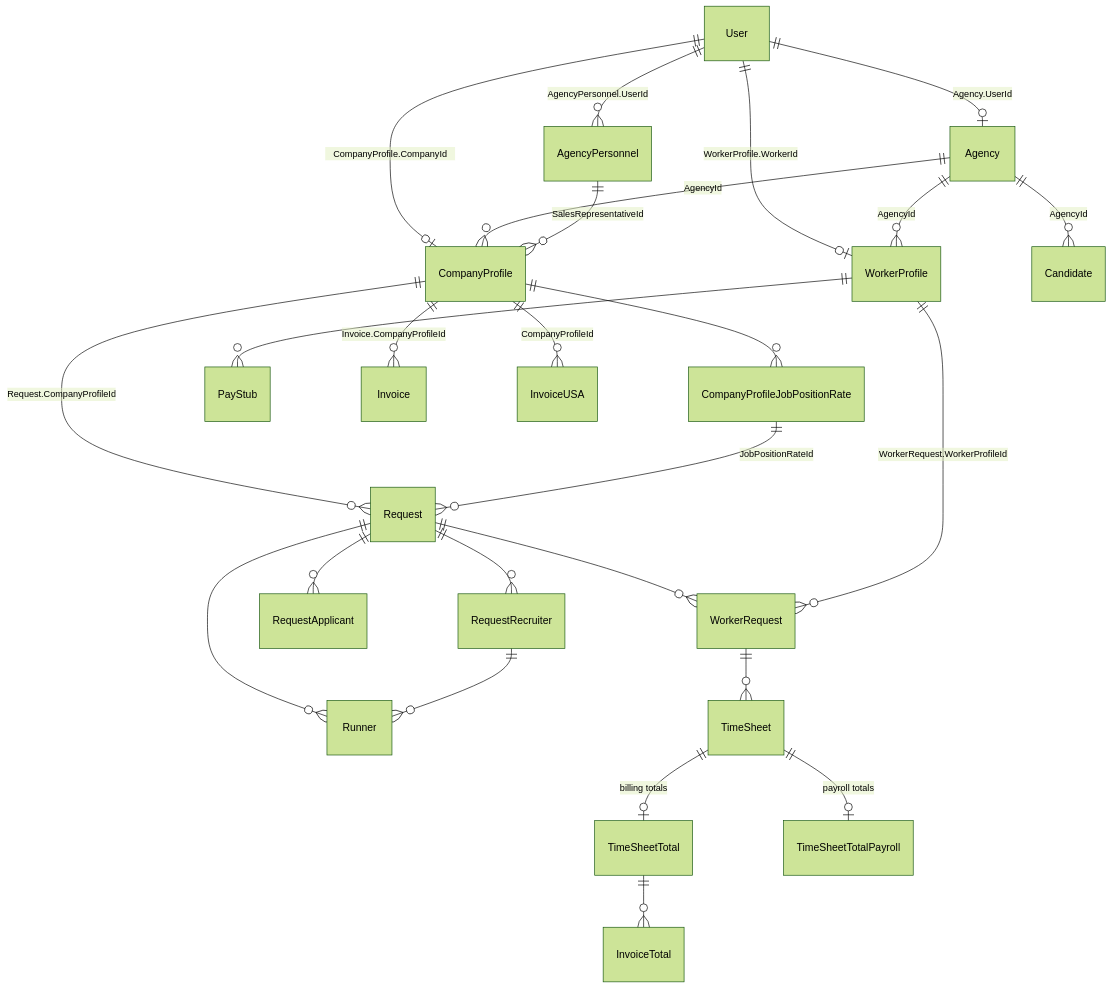
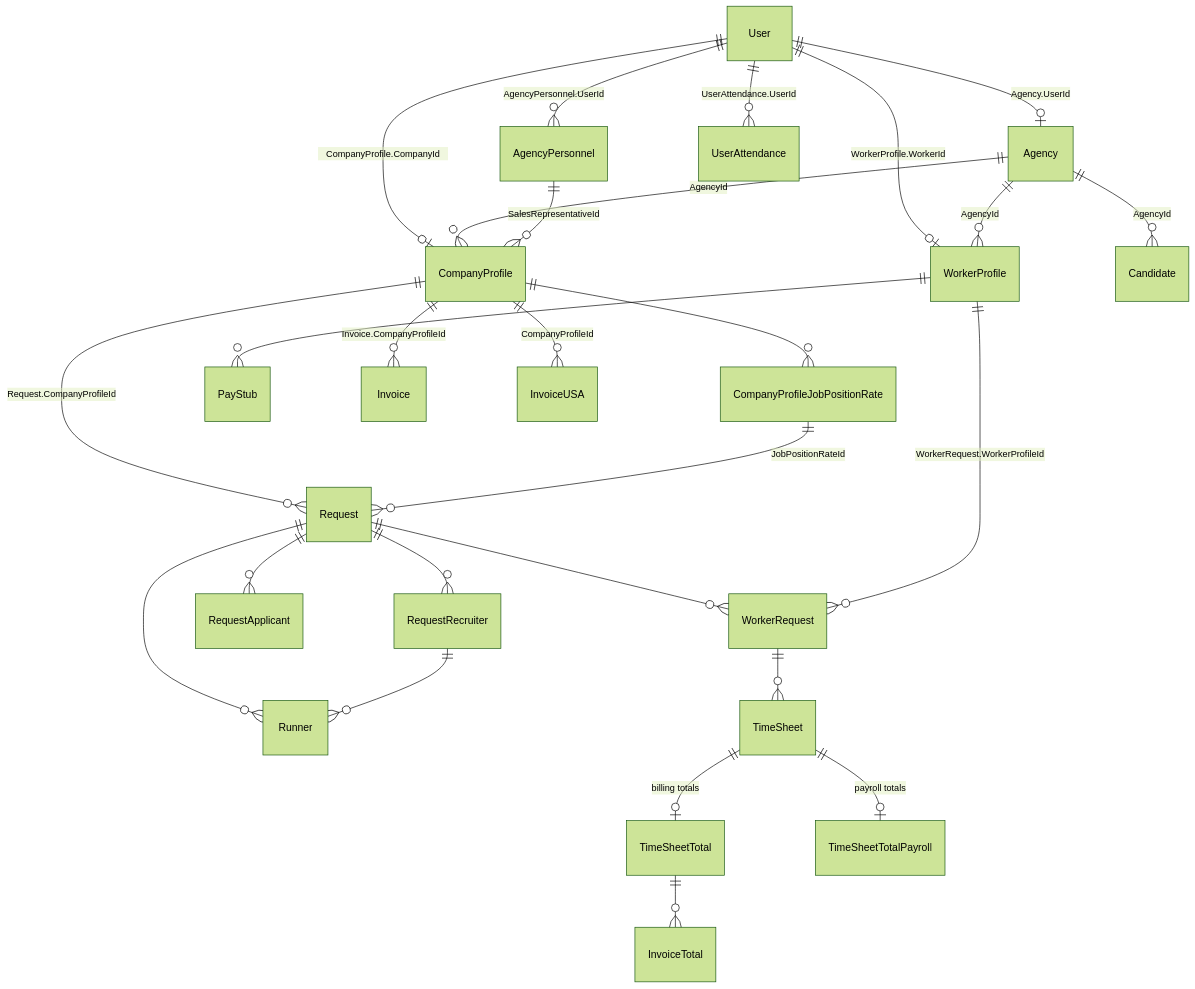
One commit to sigook/Applications changed the diagram in .docs/technical/ENTITIES_RELATIONSHIPS.md. Above: the diagram before and after it, drawn with Mermaid (forest theme). The commit also changed other lines of this file and 205 other files, not shown here.

````diff
--- a/.docs/technical/ENTITIES_RELATIONSHIPS.md
+++ b/.docs/technical/ENTITIES_RELATIONSHIPS.md
@@ -12,27 +12,28 @@
 ```mermaid
 erDiagram
     User ||--o| Agency : "Agency.UserId"
     User ||--o| CompanyProfile : "CompanyProfile.CompanyId"
     User ||--o| WorkerProfile : "WorkerProfile.WorkerId"
     User ||--o{ AgencyPersonnel : "AgencyPersonnel.UserId"
+    User ||--o{ UserAttendance : "UserAttendance.UserId"
     Agency ||--o{ CompanyProfile : "AgencyId"
     Agency ||--o{ WorkerProfile : "AgencyId"
     Agency ||--o{ Candidate : "AgencyId"
     AgencyPersonnel ||--o{ CompanyProfile : "SalesRepresentativeId"
     CompanyProfile ||--o{ CompanyProfileJobPositionRate : ""
     CompanyProfile ||--o{ Request : "Request.CompanyProfileId"
     CompanyProfileJobPositionRate ||--o{ Request : "JobPositionRateId"
     Request ||--o{ WorkerRequest : ""
     Request ||--o{ RequestApplicant : ""
     Request ||--o{ Runner : ""
     Request ||--o{ RequestRecruiter : ""
     RequestRecruiter ||--o{ Runner : ""
     WorkerProfile ||--o{ WorkerRequest : "WorkerRequest.WorkerProfileId"
     WorkerRequest ||--o{ TimeSheet : ""
     TimeSheet ||--o| TimeSheetTotal : "billing totals"
     TimeSheet ||--o| TimeSheetTotalPayroll : "payroll totals"
     WorkerProfile ||--o{ PayStub : ""
     CompanyProfile ||--o{ Invoice : "Invoice.CompanyProfileId"
     CompanyProfile ||--o{ InvoiceUSA : "CompanyProfileId"
     TimeSheetTotal ||--o{ InvoiceTotal : ""
 ```
````
